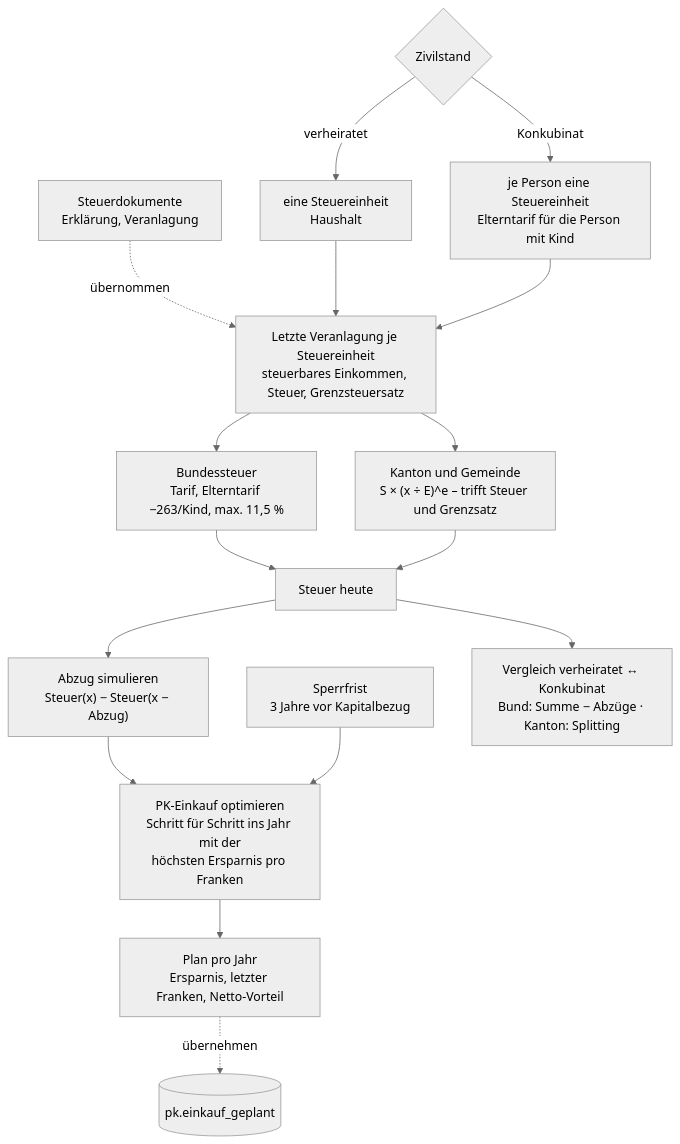
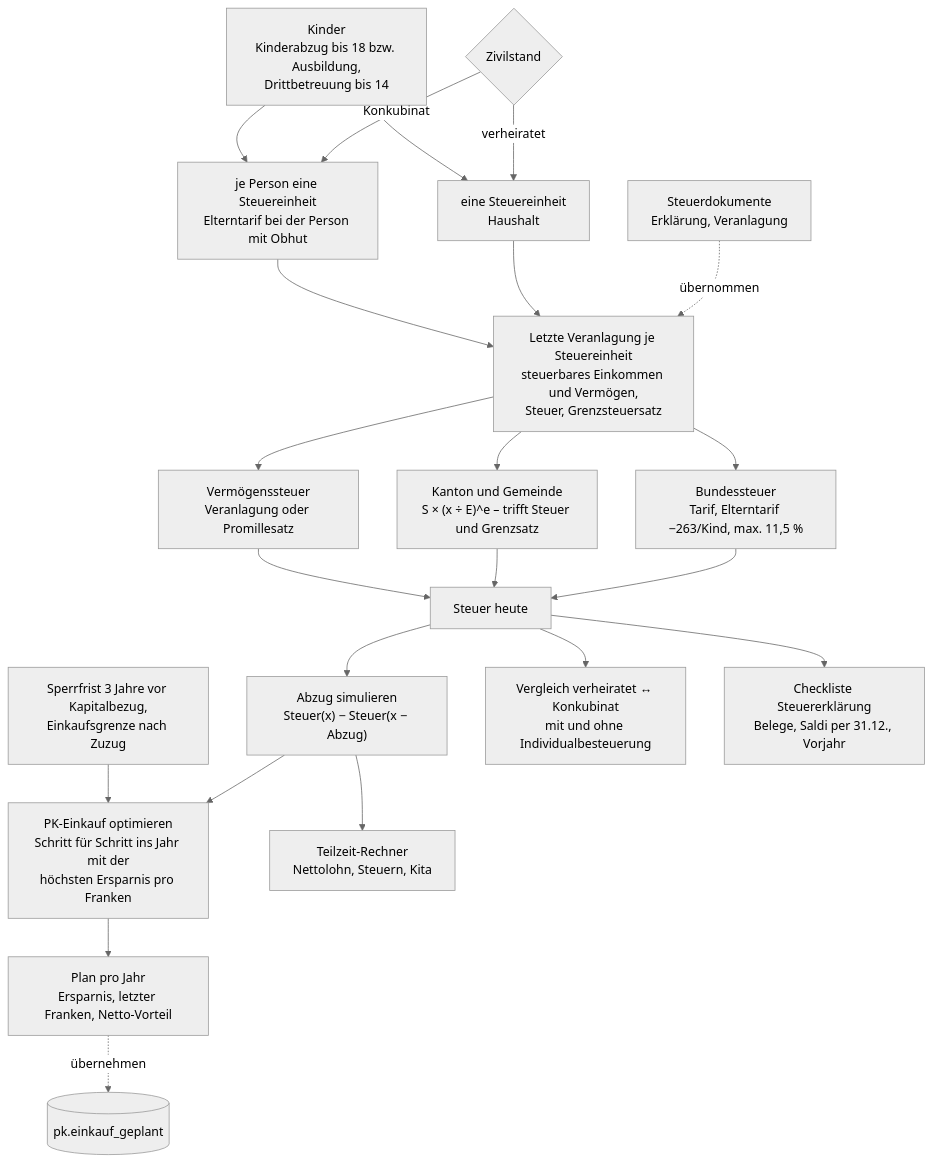
Before and after one commit to khu1985/finanz-ha: the diagram in docs/steuern.mmd, drawn with Mermaid (neutral theme). The commit also changed 15 other files, not shown here.

First line of the commit message:
Doku: Diagramme auf Stand 0.16.0, automatische Prüfung der Dokumentation

```diff
--- a/docs/steuern.mmd
+++ b/docs/steuern.mmd
@@ -1,15 +1,20 @@
 flowchart TD
     SD["Steuerdokumente<br/>Erklärung, Veranlagung"] -. übernommen .-> REF
-    REF["Letzte Veranlagung je Steuereinheit<br/>steuerbares Einkommen, Steuer, Grenzsteuersatz"] --> KT
+    REF["Letzte Veranlagung je Steuereinheit<br/>steuerbares Einkommen und Vermögen,<br/>Steuer, Grenzsteuersatz"] --> KT
     REF --> BU
+    REF --> VS["Vermögenssteuer<br/>Veranlagung oder Promillesatz"]
     EH{"Zivilstand"} -- verheiratet --> E1["eine Steuereinheit<br/>Haushalt"]
-    EH -- Konkubinat --> E2["je Person eine Steuereinheit<br/>Elterntarif für die Person mit Kind"]
+    EH -- Konkubinat --> E2["je Person eine Steuereinheit<br/>Elterntarif bei der Person mit Obhut"]
+    KI["Kinder<br/>Kinderabzug bis 18 bzw. Ausbildung,<br/>Drittbetreuung bis 14"] --> E1 & E2
     E1 & E2 --> REF
     BU["Bundessteuer<br/>Tarif, Elterntarif −263/Kind, max. 11,5 %"] --> T["Steuer heute"]
     KT["Kanton und Gemeinde<br/>S × (x ÷ E)^e – trifft Steuer und Grenzsatz"] --> T
+    VS --> T
     T --> AB["Abzug simulieren<br/>Steuer(x) − Steuer(x − Abzug)"]
     AB --> OPT["PK-Einkauf optimieren<br/>Schritt für Schritt ins Jahr mit der<br/>höchsten Ersparnis pro Franken"]
-    SP["Sperrfrist<br/>3 Jahre vor Kapitalbezug"] --> OPT
+    SP["Sperrfrist 3 Jahre vor Kapitalbezug,<br/>Einkaufsgrenze nach Zuzug"] --> OPT
     OPT --> PLAN["Plan pro Jahr<br/>Ersparnis, letzter Franken, Netto-Vorteil"]
     PLAN -. übernehmen .-> EK[("pk.einkauf_geplant")]
-    T --> HV["Vergleich verheiratet ↔ Konkubinat<br/>Bund: Summe − Abzüge · Kanton: Splitting"]
+    AB --> TZ["Teilzeit-Rechner<br/>Nettolohn, Steuern, Kita"]
+    T --> HV["Vergleich verheiratet ↔ Konkubinat<br/>mit und ohne Individualbesteuerung"]
+    T --> CL["Checkliste Steuererklärung<br/>Belege, Saldi per 31.12., Vorjahr"]
```
